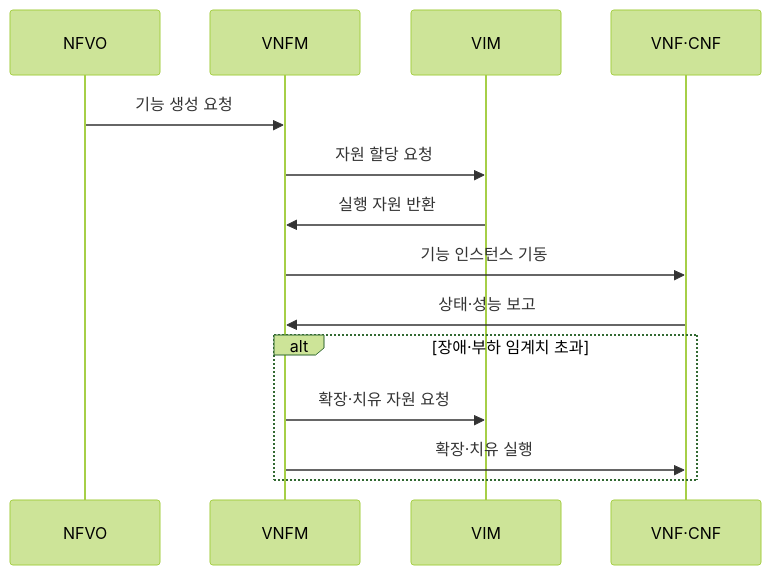
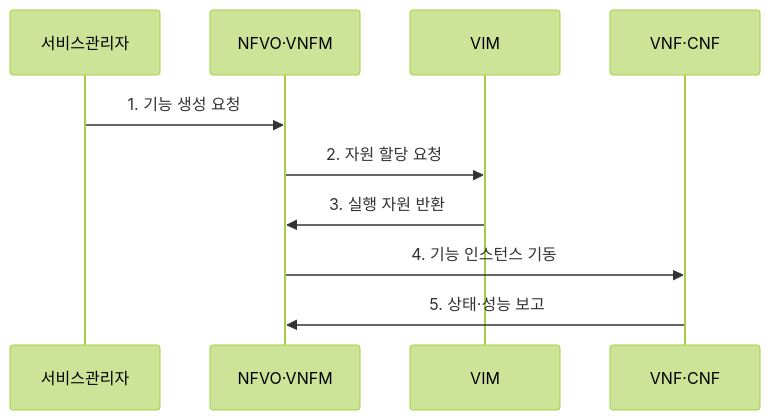
Before and after one commit to agnusdei1207/knowledge-base: the second of 2 diagrams in src/content/docs/notes/04-network/057_network_functions_virtualization.md, drawn with Mermaid (forest theme). The commit also changed other lines of this file and 20 other files, not shown here.

````diff
--- a/src/content/docs/notes/04-network/057_network_functions_virtualization.md
+++ b/src/content/docs/notes/04-network/057_network_functions_virtualization.md
@@ -87,16 +83,12 @@
 ```mermaid
 sequenceDiagram
-    participant O as NFVO
-    participant M as VNFM
-    participant V as VIM
-    participant F as VNF·CNF
-    O->>M: 기능 생성 요청
-    M->>V: 자원 할당 요청
-    V->>M: 실행 자원 반환
-    M->>F: 기능 인스턴스 기동
-    F->>M: 상태·성능 보고
-    alt 장애·부하 임계치 초과
-        M->>V: 확장·치유 자원 요청
-        M->>F: 확장·치유 실행
-    end
+    participant 서비스관리자
+    participant NFVO·VNFM
+    participant VIM
+    participant VNF·CNF
+    서비스관리자->>NFVO·VNFM: 1. 기능 생성 요청
+    NFVO·VNFM->>VIM: 2. 자원 할당 요청
+    VIM->>NFVO·VNFM: 3. 실행 자원 반환
+    NFVO·VNFM->>VNF·CNF: 4. 기능 인스턴스 기동
+    VNF·CNF->>NFVO·VNFM: 5. 상태·성능 보고
 ```
````
